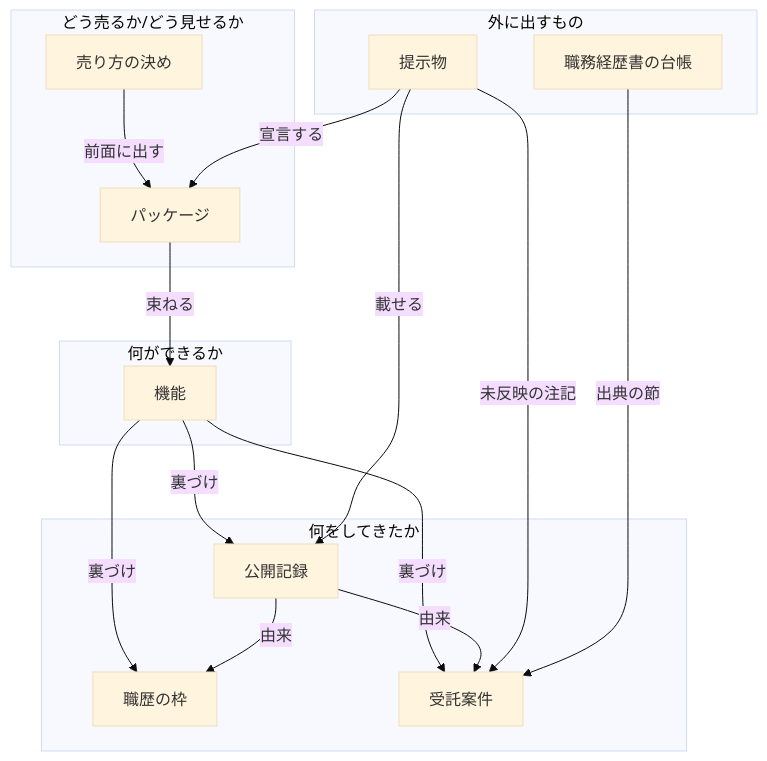
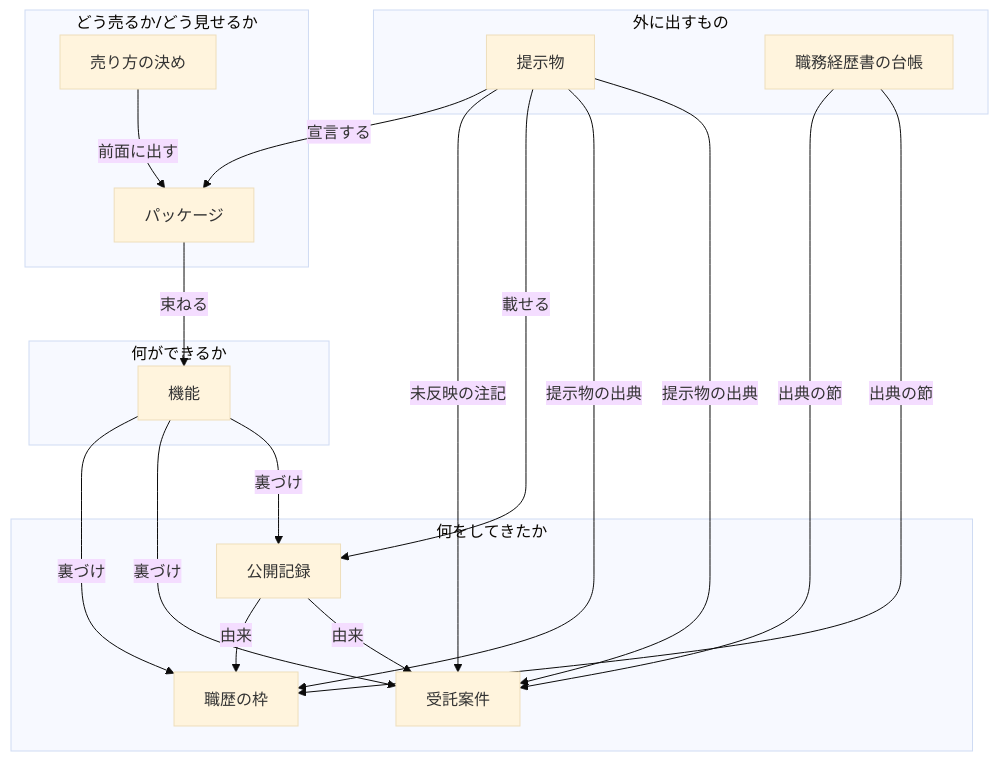
The diagram in README.md (nanzono/accord), drawn with Mermaid (base theme) before and after one commit. The commit also changed other lines of this file and 25 other files, not shown here.

````diff
--- a/README.md
+++ b/README.md
@@ -128,30 +128,33 @@
 ```mermaid
 flowchart TD
   subgraph sell [どう売るか/どう見せるか]
     Positioning["売り方の決め"]
     Package["パッケージ"]
   end
   subgraph can [何ができるか]
     Capability["機能"]
   end
   subgraph done [何をしてきたか]
     CareerFrame["職歴の枠"]
     Engagement["受託案件"]
     PublicRecord["公開記録"]
   end
   subgraph out [外に出すもの]
     Presentation["提示物"]
     ResumeLedger["職務経歴書の台帳"]
   end
   Positioning -->|前面に出す| Package
   Package -->|束ねる| Capability
   Capability -->|裏づけ| CareerFrame
   Capability -->|裏づけ| Engagement
   Capability -->|裏づけ| PublicRecord
   PublicRecord -->|由来| CareerFrame
   PublicRecord -->|由来| Engagement
   Presentation -->|宣言する| Package
   Presentation -->|未反映の注記| Engagement
   Presentation -->|載せる| PublicRecord
+  Presentation -->|提示物の出典| CareerFrame
+  Presentation -->|提示物の出典| Engagement
   ResumeLedger -->|出典の節| Engagement
+  ResumeLedger -->|出典の節| CareerFrame
 ```
````
